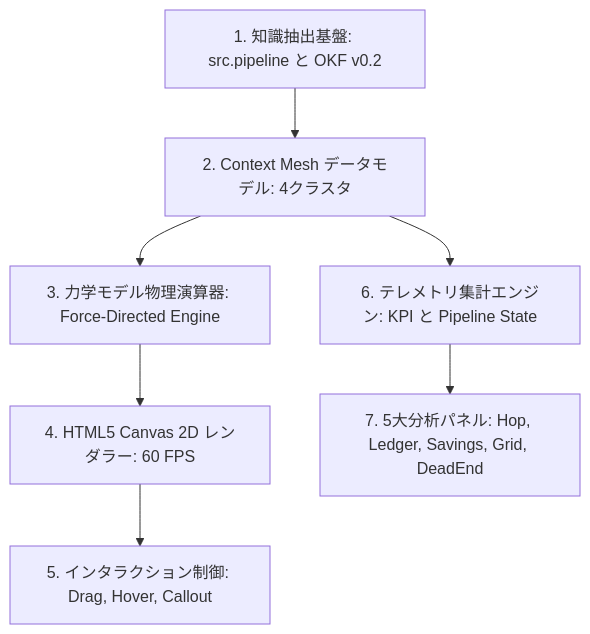
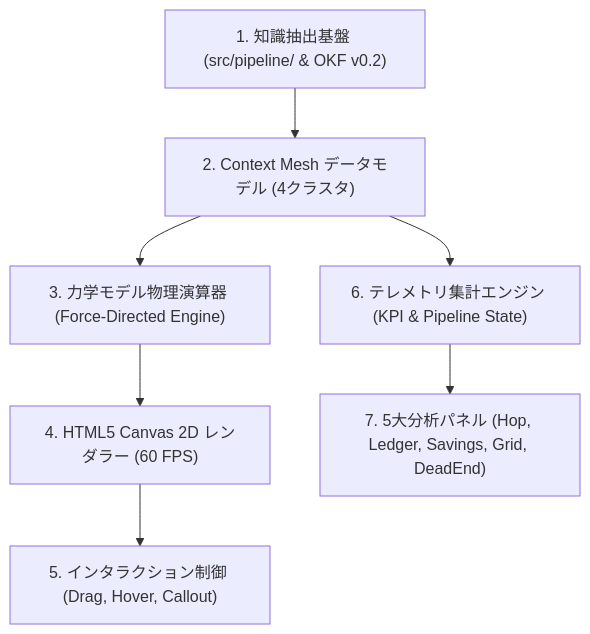
One commit to rokujyouhitoma/arxiv-security-papers changed the first of 6 diagrams in docs/designs/DSN-14-graph_engineering_dashboard.md. Above: the diagram before and after it, drawn with Mermaid. The commit also changed other lines of this file and 5 other files, not shown here.

Commit message:
fix(docs): format all DSN-14 diagrams to match exact DSN-05 graph TD syntax

````diff
--- a/docs/designs/DSN-14-graph_engineering_dashboard.md
+++ b/docs/designs/DSN-14-graph_engineering_dashboard.md
@@ -72,9 +72,9 @@
 ```mermaid
-flowchart TD
-    Sources["1. 知識抽出基盤: src.pipeline と OKF v0.2"] --> MeshData["2. Context Mesh データモデル: 4クラスタ"]
-    MeshData --> PhysicsEngine["3. 力学モデル物理演算器: Force-Directed Engine"]
-    PhysicsEngine --> CanvasRenderer["4. HTML5 Canvas 2D レンダラー: 60 FPS"]
-    CanvasRenderer --> UIInteractions["5. インタラクション制御: Drag, Hover, Callout"]
-    MeshData --> TelemetryHub["6. テレメトリ集計エンジン: KPI と Pipeline State"]
-    TelemetryHub --> MicroCharts["7. 5大分析パネル: Hop, Ledger, Savings, Grid, DeadEnd"]
+graph TD
+    A["1. 知識抽出基盤 (src/pipeline/ & OKF v0.2)"] --> B["2. Context Mesh データモデル (4クラスタ)"]
+    B --> C["3. 力学モデル物理演算器 (Force-Directed Engine)"]
+    C --> D["4. HTML5 Canvas 2D レンダラー (60 FPS)"]
+    D --> E["5. インタラクション制御 (Drag, Hover, Callout)"]
+    B --> F["6. テレメトリ集計エンジン (KPI & Pipeline State)"]
+    F --> G["7. 5大分析パネル (Hop, Ledger, Savings, Grid, DeadEnd)"]
 ```
````
